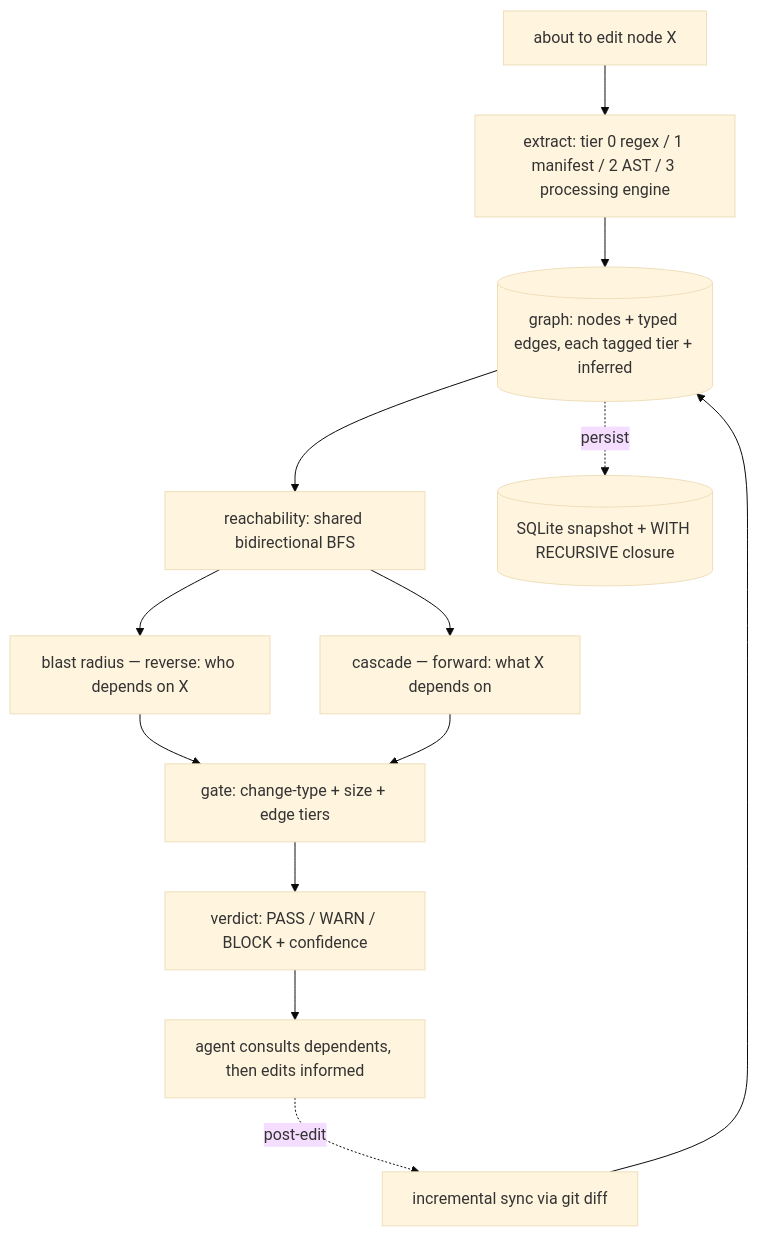
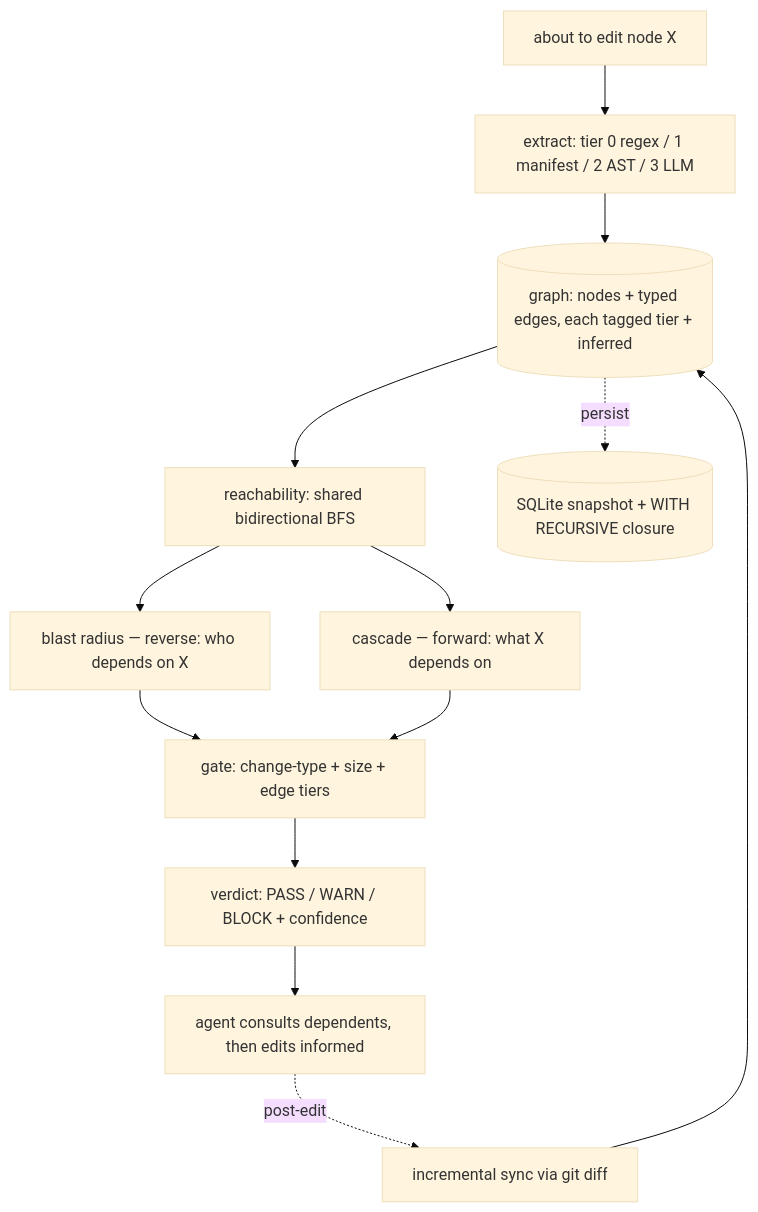
Before and after one commit to G10DC/trellis: the diagram in docs/architecture.md, drawn with Mermaid (base theme). The commit also changed other lines of this file and 17 other files, not shown here.

First line of the commit message:
docs+fix: restore 'LLM' corrupted to 'processing engine', drop fictional .ast-cache.json claim

````diff
--- a/docs/architecture.md
+++ b/docs/architecture.md
@@ -8,15 +8,15 @@
 ```mermaid
 flowchart TD
-  A[about to edit node X] --> B[extract: tier 0 regex / 1 manifest / 2 AST / 3 processing engine]
+  A[about to edit node X] --> B[extract: tier 0 regex / 1 manifest / 2 AST / 3 LLM]
   B --> G[(graph: nodes + typed edges, each tagged tier + inferred)]
   G --> R[reachability: shared bidirectional BFS]
   R --> BL[blast radius — reverse: who depends on X]
   R --> CA[cascade — forward: what X depends on]
   BL --> GT[gate: change-type + size + edge tiers]
   CA --> GT
   GT --> V[verdict: PASS / WARN / BLOCK + confidence]
   V --> AGENT[agent consults dependents, then edits informed]
   G -.persist.-> SQLite[(SQLite snapshot + WITH RECURSIVE closure)]
   AGENT -.post-edit.-> SYNC[incremental sync via git diff]
   SYNC --> G
 ```
````
